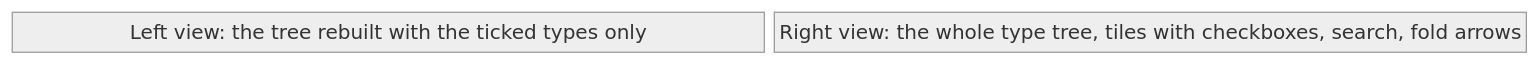
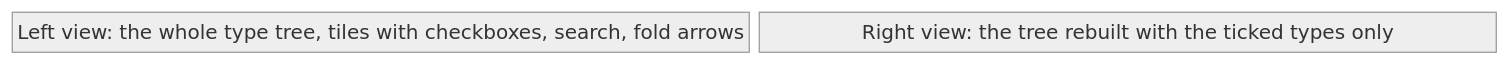
Before and after one commit to AlexandreGallais/synoptic-studio-spec: diagram 13 of 14 in screens/metadata.md, drawn with Mermaid (neutral theme). The commit also changed other lines of this file and 14 other files, not shown here.

````diff
--- a/screens/metadata.md
+++ b/screens/metadata.md
@@ -337,5 +387,5 @@
 ```mermaid
 block-beta
     columns 2
-    left["Left view: the tree rebuilt with the ticked types only"] right["Right view: the whole type tree, tiles with checkboxes, search, fold arrows"]
+    left["Left view: the whole type tree, tiles with checkboxes, search, fold arrows"] right["Right view: the tree rebuilt with the ticked types only"]
 ```
````
